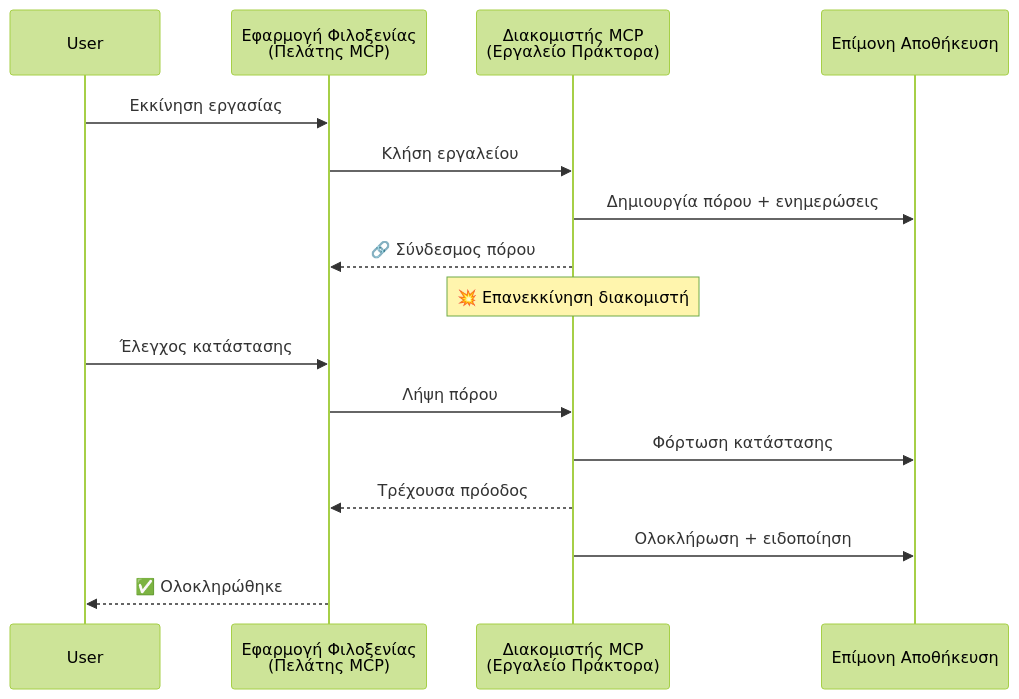
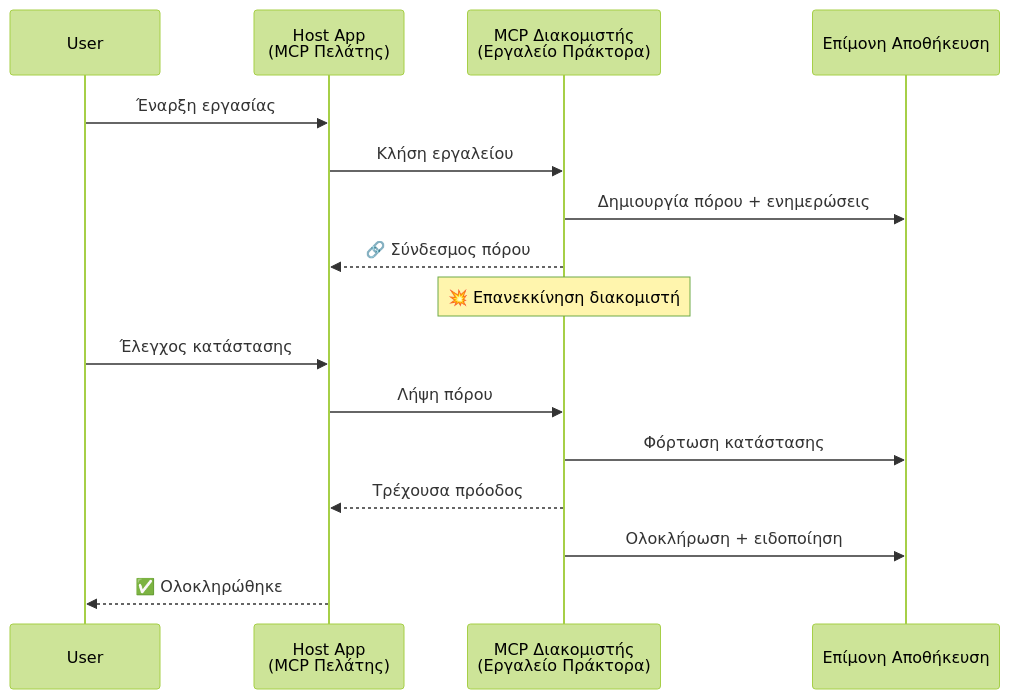
One commit to gabrielmoreira/agent-skills-mirror changed the third of 5 diagrams in mirrors/repos/microsoft@ai-agents-for-beginners/translations/el/11-agentic-protocols/code_samples/mcp-agents/README.md. Above: the diagram before and after it, drawn with Mermaid (forest theme). The commit also changed other lines of this file and 4262 other files, not shown here.

````diff
--- a/mirrors/repos/microsoft@ai-agents-for-beginners/translations/el/11-agentic-protocols/code_samples/mcp-agents/README.md
+++ b/mirrors/repos/microsoft@ai-agents-for-beginners/translations/el/11-agentic-protocols/code_samples/mcp-agents/README.md
@@ -123,21 +123,21 @@
 ```mermaid
 sequenceDiagram
     participant User
-    participant Host as Εφαρμογή Φιλοξενίας<br/>(Πελάτης MCP)
-    participant Server as Διακομιστής MCP<br/>(Εργαλείο Πράκτορα)
+    participant Host as Host App<br/>(MCP Πελάτης)
+    participant Server as MCP Διακομιστής<br/>(Εργαλείο Πράκτορα)
     participant DB as Επίμονη Αποθήκευση
 
-    User->>Host: Εκκίνηση εργασίας
+    User->>Host: Έναρξη εργασίας
     Host->>Server: Κλήση εργαλείου
     Server->>DB: Δημιουργία πόρου + ενημερώσεις
     Server-->>Host: 🔗 Σύνδεσμος πόρου
 
     Note over Server: 💥 Επανεκκίνηση διακομιστή
 
     User->>Host: Έλεγχος κατάστασης
     Host->>Server: Λήψη πόρου
     Server->>DB: Φόρτωση κατάστασης
     Server-->>Host: Τρέχουσα πρόοδος
     Server->>DB: Ολοκλήρωση + ειδοποίηση
     Host-->>User: ✅ Ολοκληρώθηκε
 ```
````
